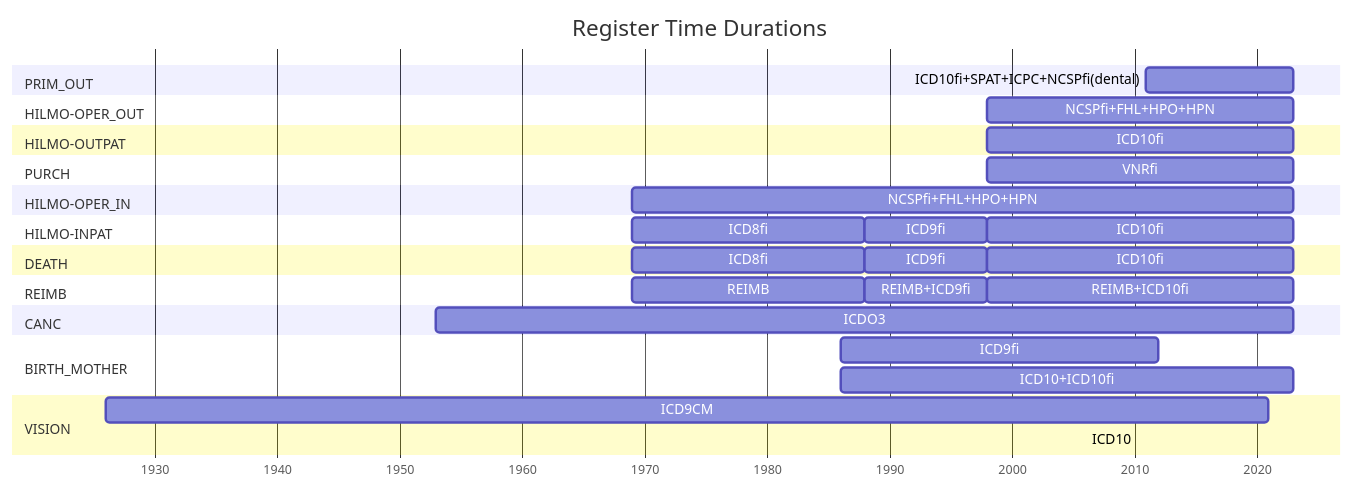
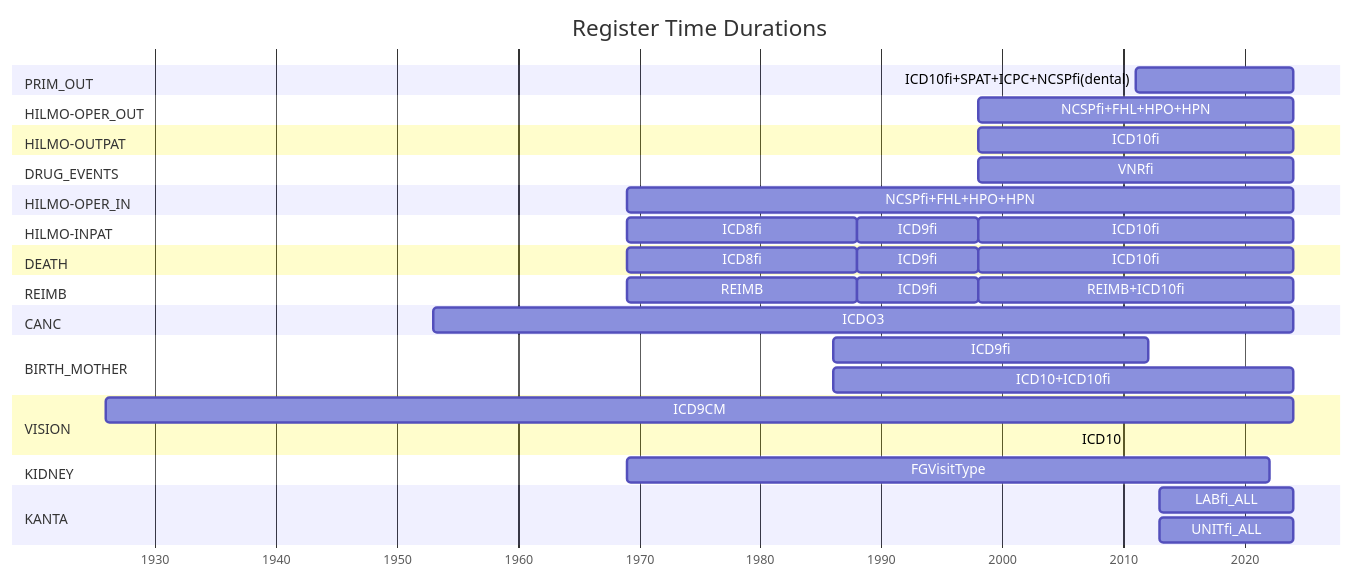
The diagram in 2_etl_specifications/documentation/appendix_registers_time_duration.md (FINNGEN/ETL), drawn with Mermaid before and after one commit. The commit also changed 11 other files, not shown here.

````diff
--- a/2_etl_specifications/documentation/appendix_registers_time_duration.md
+++ b/2_etl_specifications/documentation/appendix_registers_time_duration.md
@@ -14,50 +14,57 @@
 ```mermaid 
 ---
 displayMode: compact
 ---
 gantt
     title Register Time Durations
     dateFormat YYYY
     axisFormat %Y
 
     section PRIM_OUT
-    ICD10fi+SPAT+ICPC+NCSPfi(dental)       : 2011, 2023
+    ICD10fi+SPAT+ICPC+NCSPfi(dental)       : 2011, 2024
 
     section HILMO-OPER_OUT
-    NCSPfi+FHL+HPO+HPN         : 1998, 2023
+    NCSPfi+FHL+HPO+HPN         : 1998, 2024
 
     section HILMO-OUTPAT
-    ICD10fi         : 1998, 2023
+    ICD10fi         : 1998, 2024
 
-    section PURCH
-    VNRfi         : 1998, 2023
+    section DRUG_EVENTS
+    VNRfi         : 1998, 2024
 
     section HILMO-OPER_IN
-    NCSPfi+FHL+HPO+HPN         : 1969, 2023
+    NCSPfi+FHL+HPO+HPN         : 1969, 2024
 
     section HILMO-INPAT
     ICD8fi         : 1969, 1988
     ICD9fi         : 1988, 1998
-    ICD10fi        : 1998, 2023
+    ICD10fi        : 1998, 2024
 
     section DEATH
     ICD8fi         : 1969, 1988
     ICD9fi         : 1988, 1998
-    ICD10fi        : 1998, 2023
+    ICD10fi        : 1998, 2024
 
     section REIMB
     REIMB         : 1969, 1988
-    REIMB+ICD9fi   : 1988, 1998
-    REIMB+ICD10fi  : 1998, 2023
+    ICD9fi   : 1988, 1998
+    REIMB+ICD10fi  : 1998, 2024
 
     section CANC
-    ICDO3            : 1953, 2023
+    ICDO3            : 1953, 2024
     
     section BIRTH_MOTHER
     ICD9fi           : 1986, 2012
-    ICD10+ICD10fi            : 1986, 2023
+    ICD10+ICD10fi            : 1986, 2024
     
     section VISION
-    ICD9CM            : 1926, 2021
+    ICD9CM            : 1926, 2024
     ICD10           : 2006, 2006
+
+    section KIDNEY
+    FGVisitType            : 1969, 2022
+
+    section KANTA
+    LABfi_ALL            : 2013, 2024
+    UNITfi_ALL            : 2013, 2024
 ```
````
